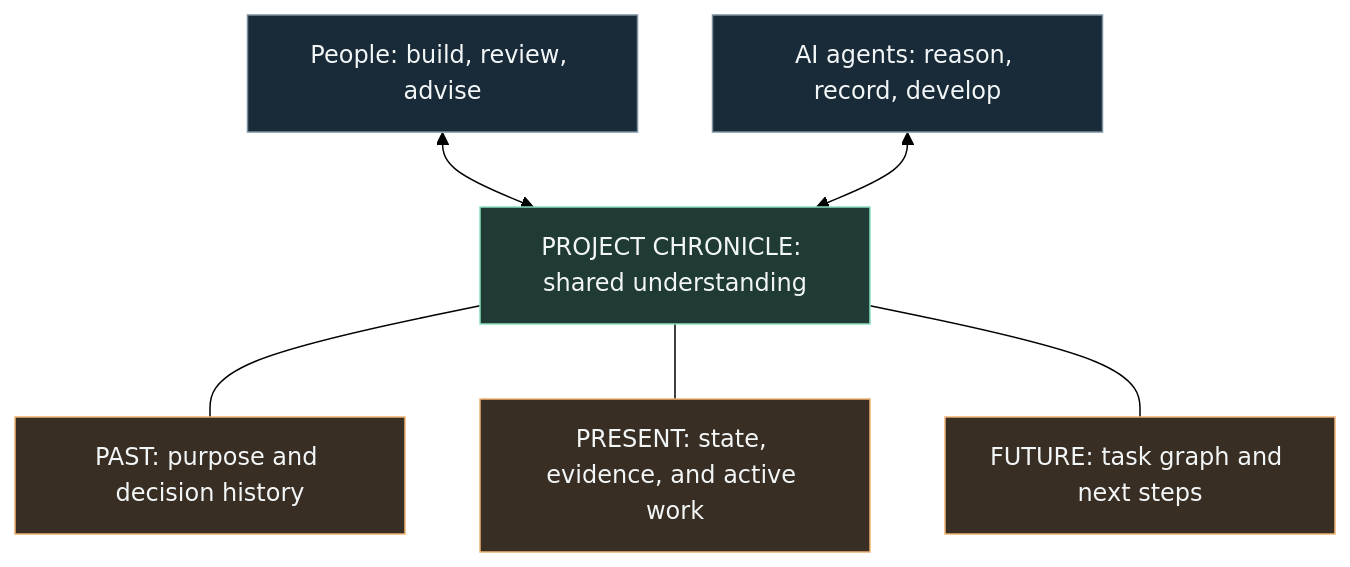
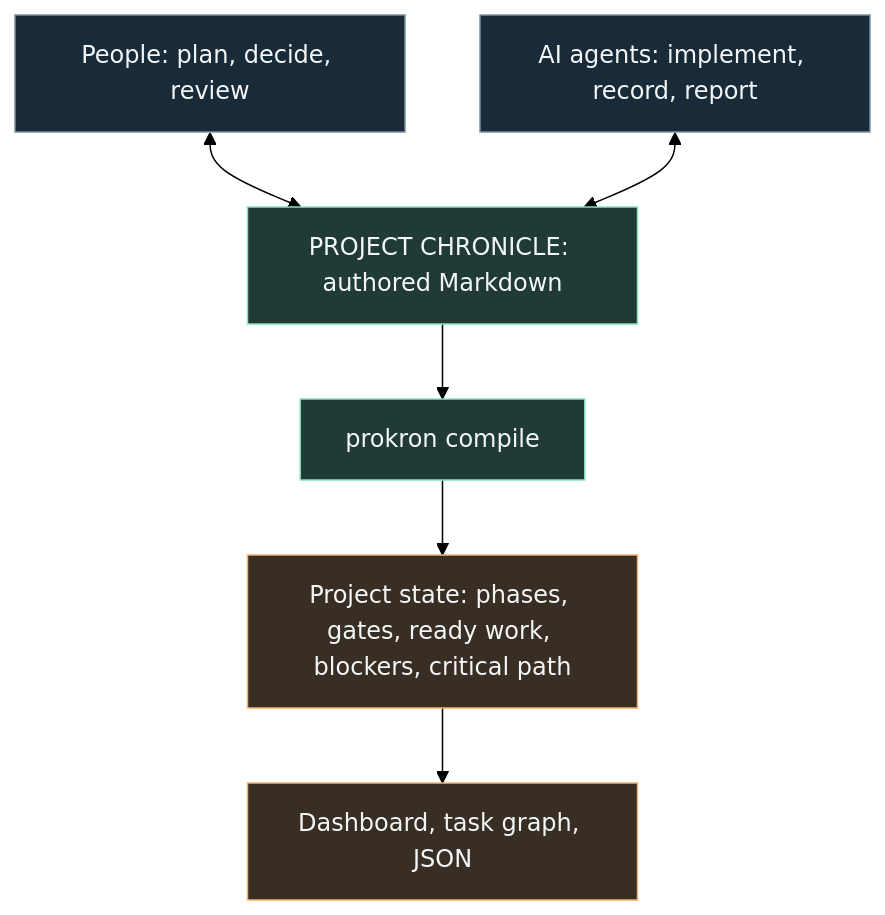
One commit to qomero/prokron changed the diagram in README.md. Above: the diagram before and after it, drawn with Mermaid (forest theme). The commit also changed other lines of this file and 22 other files, not shown here.

````diff
--- a/README.md
+++ b/README.md
@@ -53,14 +85,14 @@
 ```mermaid
 flowchart TD
-    P["People: build, review, advise"] <--> C["PROJECT CHRONICLE: shared understanding"]
-    A["AI agents: reason, record, develop"] <--> C
-    C --- H["PAST: purpose and decision history"]
-    C --- S["PRESENT: state, evidence, and active work"]
-    C --- N["FUTURE: task graph and next steps"]
+    P["People: plan, decide, review"] <--> C["PROJECT CHRONICLE: authored Markdown"]
+    A["AI agents: implement, record, report"] <--> C
+    C --> K["prokron compile"]
+    K --> S["Project state: phases, gates, ready work, blockers, critical path"]
+    S --> D["Dashboard, task graph, JSON"]
     classDef participants fill:#192b38,color:#f3f6f7,stroke:#7b919f
     classDef chronicle fill:#203a36,color:#f3f6f7,stroke:#8be0bd
-    classDef perspective fill:#382e24,color:#f3f6f7,stroke:#efb373
+    classDef derived fill:#382e24,color:#f3f6f7,stroke:#efb373
     class P,A participants
-    class C chronicle
-    class H,S,N perspective
+    class C,K chronicle
+    class S,D derived
 ```
````
